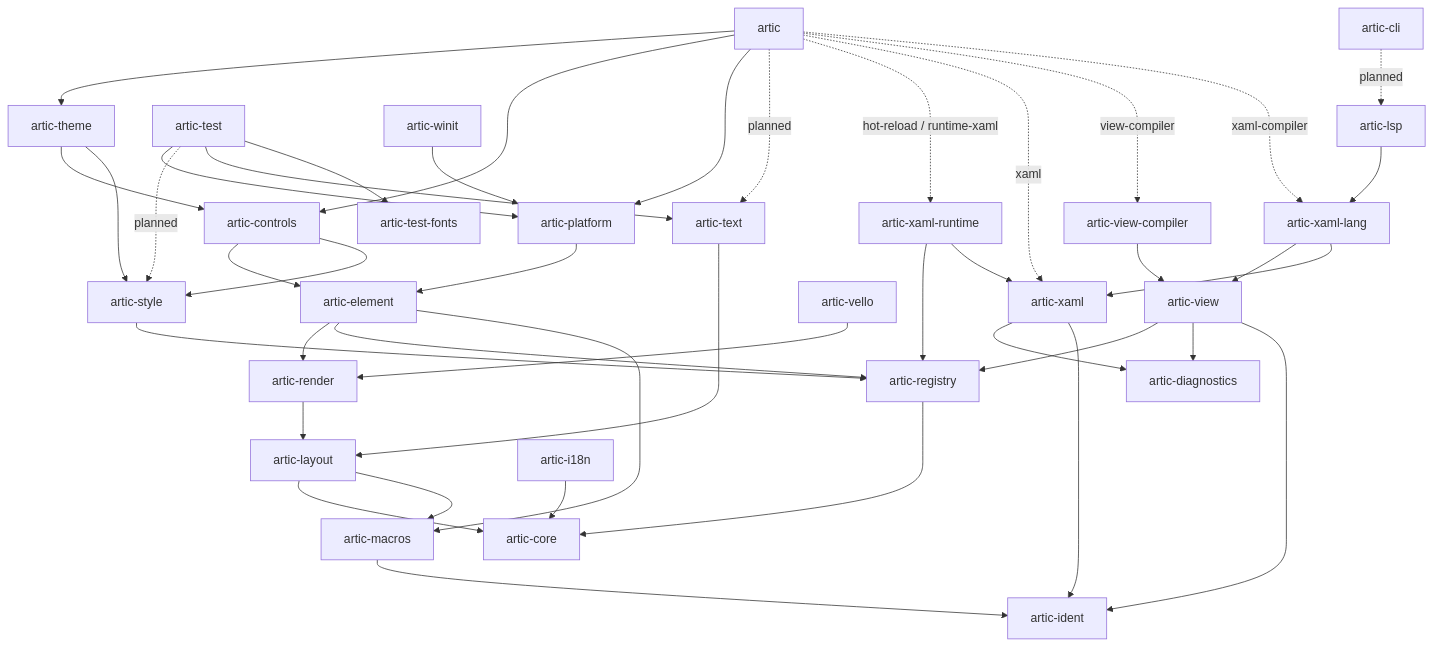
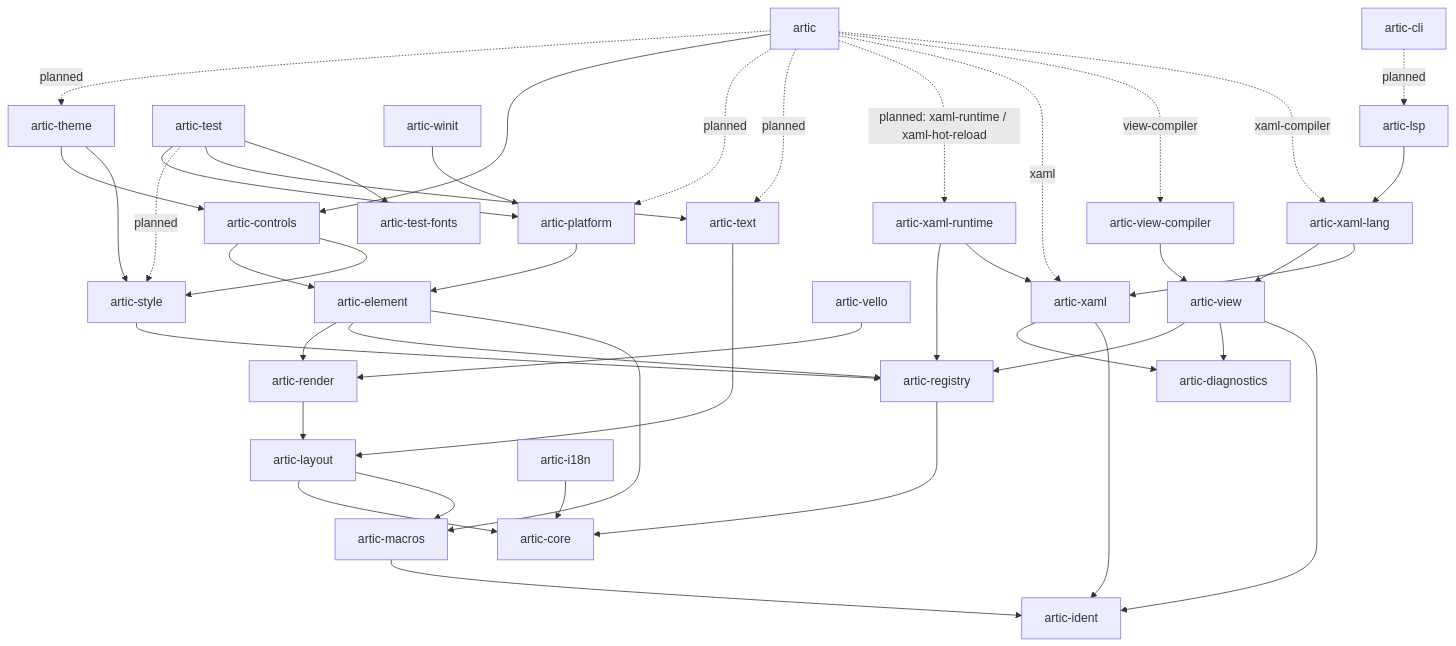
The diagram in docs/architecture.md (wolfware-labs/artic), drawn with Mermaid before and after one commit. The commit also changed other lines of this file and 12 other files, not shown here.

````diff
--- a/docs/architecture.md
+++ b/docs/architecture.md
@@ -36,54 +36,54 @@
 ```mermaid
 flowchart TD
-  artic --> theme[artic-theme]
+  artic -. planned .-> theme[artic-theme]
   artic --> controls[artic-controls]
-  artic --> platform[artic-platform]
+  artic -. planned .-> platform[artic-platform]
   artic -. planned .-> text[artic-text]
-  artic -. hot-reload / runtime-xaml .-> runtime[artic-xaml-runtime]
+  artic -. planned: xaml-runtime / xaml-hot-reload .-> runtime[artic-xaml-runtime]
   artic -. xaml .-> xaml
   artic -. view-compiler .-> viewc[artic-view-compiler]
   artic -. xaml-compiler .-> lang
 
   theme --> controls
   theme --> styles[artic-style]
 
   controls --> element[artic-element]
   controls --> styles
 
   platform --> element
 
   element --> render[artic-render]
   element --> registry[artic-registry]
   element --> macros[artic-macros]
 
   test[artic-test] --> platform
   test -. planned .-> styles
   test --> text
   test --> fonts[artic-test-fonts]
 
   winit[artic-winit] --> platform
   vello[artic-vello] --> render
 
   cli[artic-cli] -. planned .-> lsp[artic-lsp]
   lsp --> lang[artic-xaml-lang]
 
   render --> layout[artic-layout]
   text --> layout
   styles --> registry
   viewc --> view[artic-view]
   lang --> view
   view --> registry
   view --> diagnostics
   lang --> xaml[artic-xaml]
   xaml --> diagnostics[artic-diagnostics]
   runtime --> registry
   runtime --> xaml
 
   registry --> core[artic-core]
   layout --> core
   layout --> macros
   macros --> ident[artic-ident]
   xaml --> ident
   view --> ident
   i18n[artic-i18n] --> core
 ```
````
